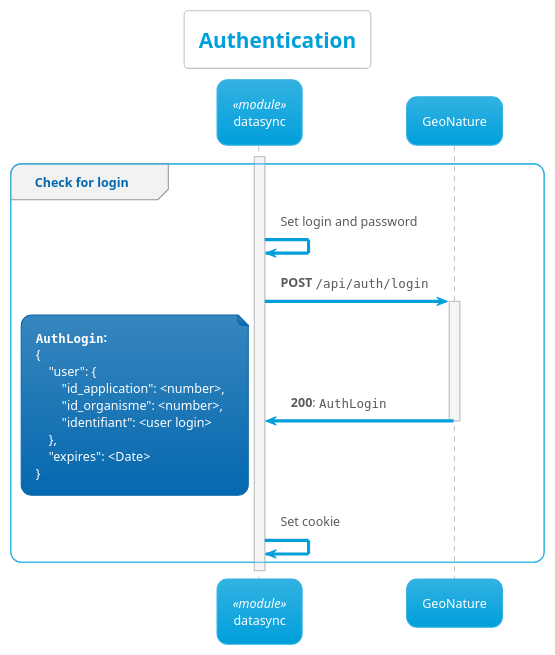
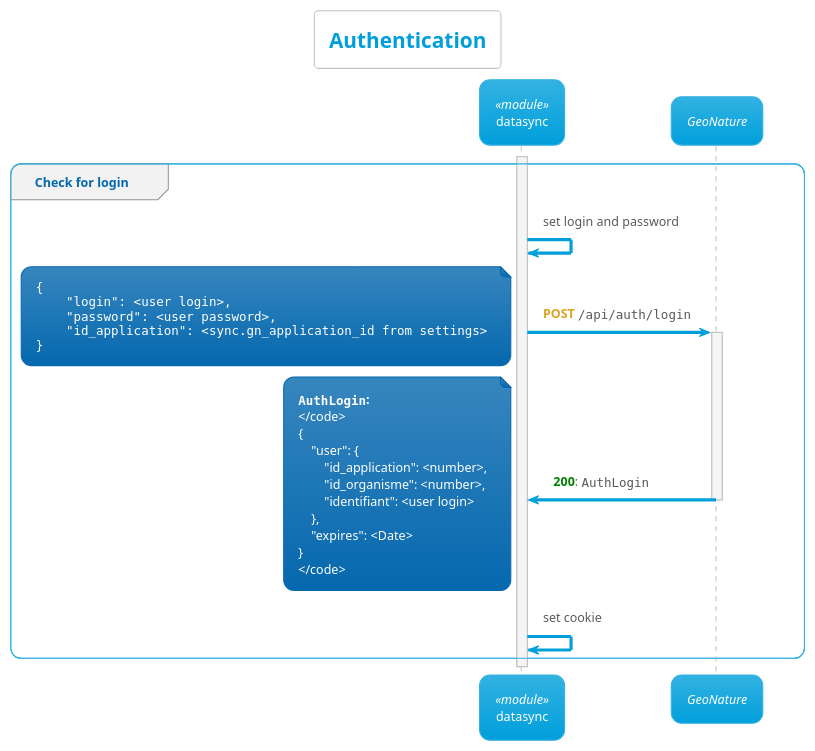
Before and after one commit to PnX-SI/gn_mobile_core: the diagram in docs/uml/datasync_auth.puml, drawn with PlantUML. The commit also changed 7 other files, not shown here.

```diff
--- a/docs/uml/datasync_auth.puml
+++ b/docs/uml/datasync_auth.puml
@@ -1,34 +1,45 @@
 @startuml
 
 !theme bluegray
 
 skinparam componentStyle uml2
 skinparam backgroundColor transparent
 
 title **Authentication**
 
 participant "datasync" as datasync << module >>
-participant "GeoNature" as gn
+participant "//GeoNature//" as gn
 
 activate datasync
 
 group Check for login
-    datasync -> datasync : Set login and password
-    datasync -> gn ++ : **POST** ""/api/auth/login""
-    gn -> datasync -- : **200**: ""AuthLogin""
+    datasync -> datasync : set login and password
+    datasync -> gn ++ : <font color="goldenrod">**POST**</font> ""/api/auth/login""
+     note left
+        <code>
+        {
+            "login": <user login>,
+            "password": <user password>,
+            "id_application": <sync.gn_application_id from settings>
+        }
+        </code>
+    end note
+    gn -> datasync -- : <font color=green">**200**</font>: ""AuthLogin""
     note left
         **""AuthLogin"":**
+        </code>
         {
             "user": {
                 "id_application": <number>,
                 "id_organisme": <number>,
                 "identifiant": <user login>
             },
             "expires": <Date>
         }
+        </code>
     end note
 
-    datasync -> datasync : Set cookie
+    datasync -> datasync : set cookie
 end
 
 @enduml
```
